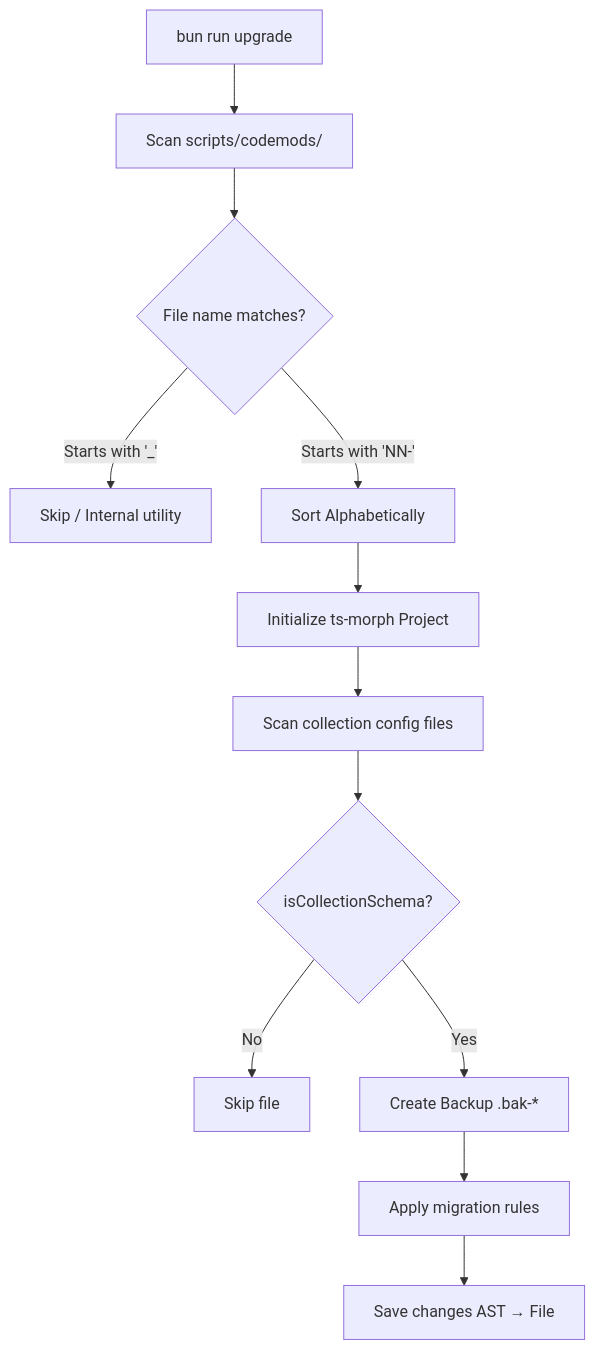
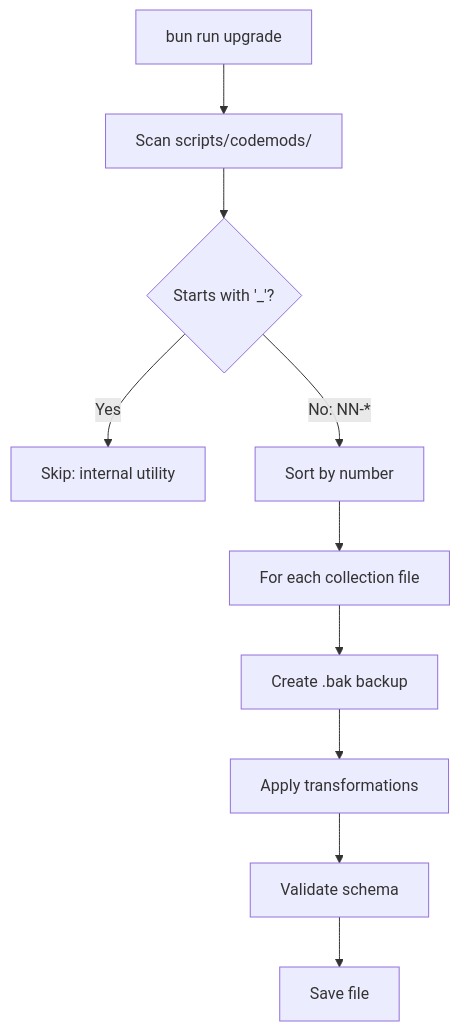
One commit to SveltyCMS/SveltyCMS changed the diagram in scripts/codemods/README.md. Above: the diagram before and after it, drawn with Mermaid. The commit also changed other lines of this file and 299 other files, not shown here.

````diff
--- a/scripts/codemods/README.md
+++ b/scripts/codemods/README.md
@@ -11,14 +92,12 @@
 ```mermaid
 graph TD
     A[bun run upgrade] --> B[Scan scripts/codemods/]
-    B --> C{File name matches?}
-    C -->|Starts with '_'| D[Skip / Internal utility]
-    C -->|Starts with 'NN-'| E[Sort Alphabetically]
-    E --> F[Initialize ts-morph Project]
-    F --> G[Scan collection config files]
-    G --> H{isCollectionSchema?}
-    H -->|No| I[Skip file]
-    H -->|Yes| J[Create Backup .bak-*]
-    J --> K[Apply migration rules]
-    K --> L[Save changes AST → File]
+    B --> C{Starts with '_'?}
+    C -->|Yes| D[Skip: internal utility]
+    C -->|No: NN-*| E[Sort by number]
+    E --> F[For each collection file]
+    F --> G[Create .bak backup]
+    G --> H[Apply transformations]
+    H --> I[Validate schema]
+    I --> J[Save file]
 ```
````
